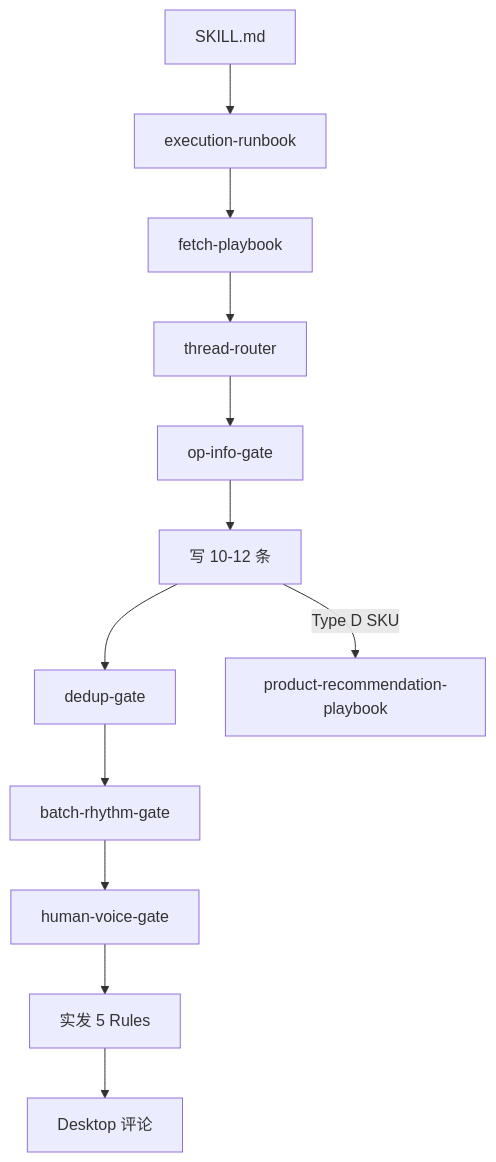
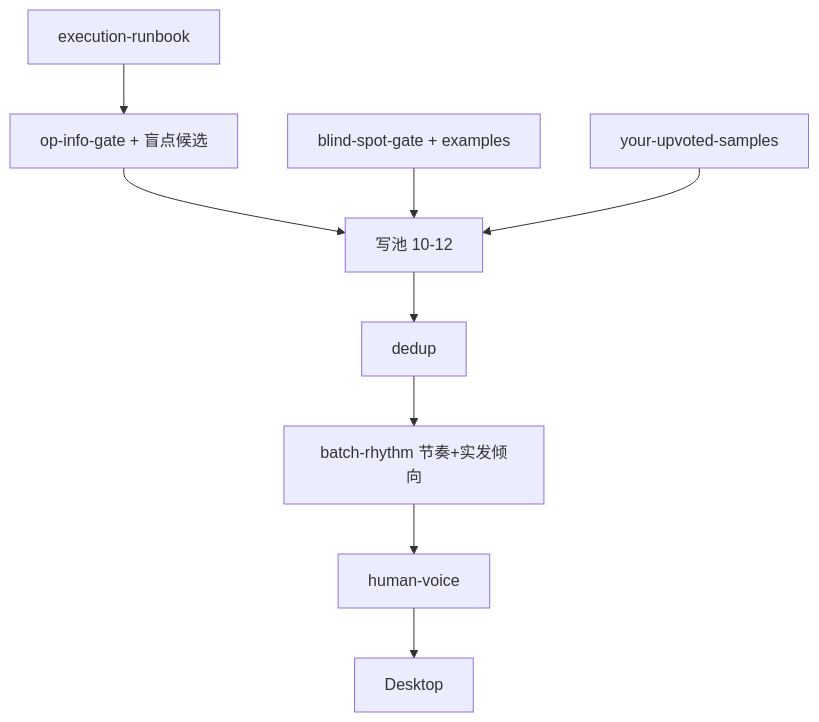
Before and after one commit to aaab3/skills: the diagram in reddit-keyboard-comments/references/skill-map.md, drawn with Mermaid. The commit also changed other lines of this file and 13 other files, not shown here.

First line of the commit message:
reddit-keyboard-comments v2.2: Blind Spot, upvote-reason samples, ship priority.

````diff
--- a/reddit-keyboard-comments/references/skill-map.md
+++ b/reddit-keyboard-comments/references/skill-map.md
@@ -10,21 +9,16 @@
 ```mermaid
 flowchart TB
-  SKILL[SKILL.md]
   runbook[execution-runbook]
-  fetch[fetch-playbook]
-  router[thread-router]
-  opinfo[op-info-gate]
-  write[写 10-12 条]
-  dedup[dedup-gate]
-  rhythm[batch-rhythm-gate]
-  voice[human-voice-gate]
-  ship[实发 5 Rules]
-  out[Desktop 评论]
-  typeD[product-recommendation-playbook]
-  SKILL --> runbook
-  runbook --> fetch --> router --> opinfo
-  opinfo --> write
-  write --> dedup --> rhythm --> voice
-  voice --> ship --> out
-  write -->|Type D SKU| typeD
+  opinfo[op-info-gate + 盲点候选]
+  blind[blind-spot-gate + examples]
+  gold[your-upvoted-samples]
+  write[写池 10-12]
+  dedup[dedup]
+  rhythm[batch-rhythm 节奏+实发倾向]
+  voice[human-voice]
+  out[Desktop]
+  runbook --> opinfo --> write
+  blind --> write
+  gold --> write
+  write --> dedup --> rhythm --> voice --> out
 ```
````
